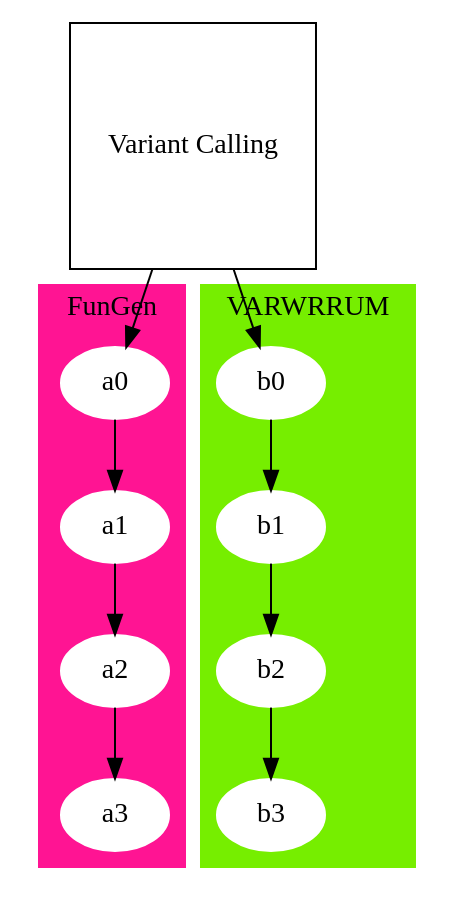
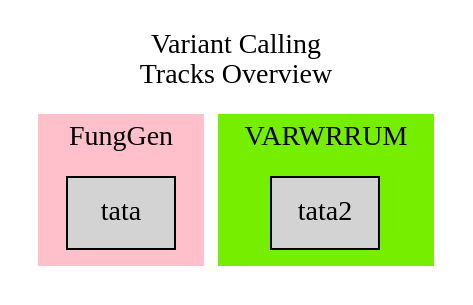
Before and after one commit to NorwegianVeterinaryInstitute/diplotopia: the second of 2 diagrams in docs/description.qmd, drawn with Graphviz. The commit also changed other lines of this file and 8 other files, not shown here.

````diff
--- a/docs/description.qmd
+++ b/docs/description.qmd
@@ -156,42 +268,45 @@
 ```{dot}
 digraph G {
+
+    graph [
+		label = "Variant Calling\nTracks Overview"
+		labelloc = t
+		//fontsize = 20
+		layout = dot
+		rankdir = TB
+		newrank = true
+	]
+
+    node [
+		style = filled
+		shape = box
+        style = filled
+	]
+
+    edge [
+		arrowsize=.5
+		labeldistance=4
+		penwidth=1
+	]
+
+    // Fungen Track 
+    subgraph cluster_0 {
+        style = filled;
+        color = pink;
+        label="FungGen";
+        tata;
+	};
+
     
-        // Variant calling tracks
-        VariantT [
-            shape=square; 
-            label = "Variant Calling"
-            ];
-
-        subgraph cluster_0 {
-            style = filled;
-            color = deeppink;
-            node [
-                style = filled,
-                color = white
-                ];
-            a0 -> a1 -> a2 -> a3;
-            label = "FunGen";
-        }
-
-        subgraph cluster_2 {
-            style = filled;
-            color = chartreuse2;
-            node [
-                style = filled,
-                color = white
-                ];
-
-            b0 -> b1 -> b2 -> b3;
-            label = "VARWRRUM";
-            
-        }
-
-        
-      VariantT -> a0;
-      VariantT -> b0;
+    // VARWRRUM Track 
+    subgraph cluster_1 {
+        style = filled;
+        color = chartreuse2;
+        label = "VARWRRUM";
+        tata2;
+    };
 
 
-            
 }
 
 ```
````
